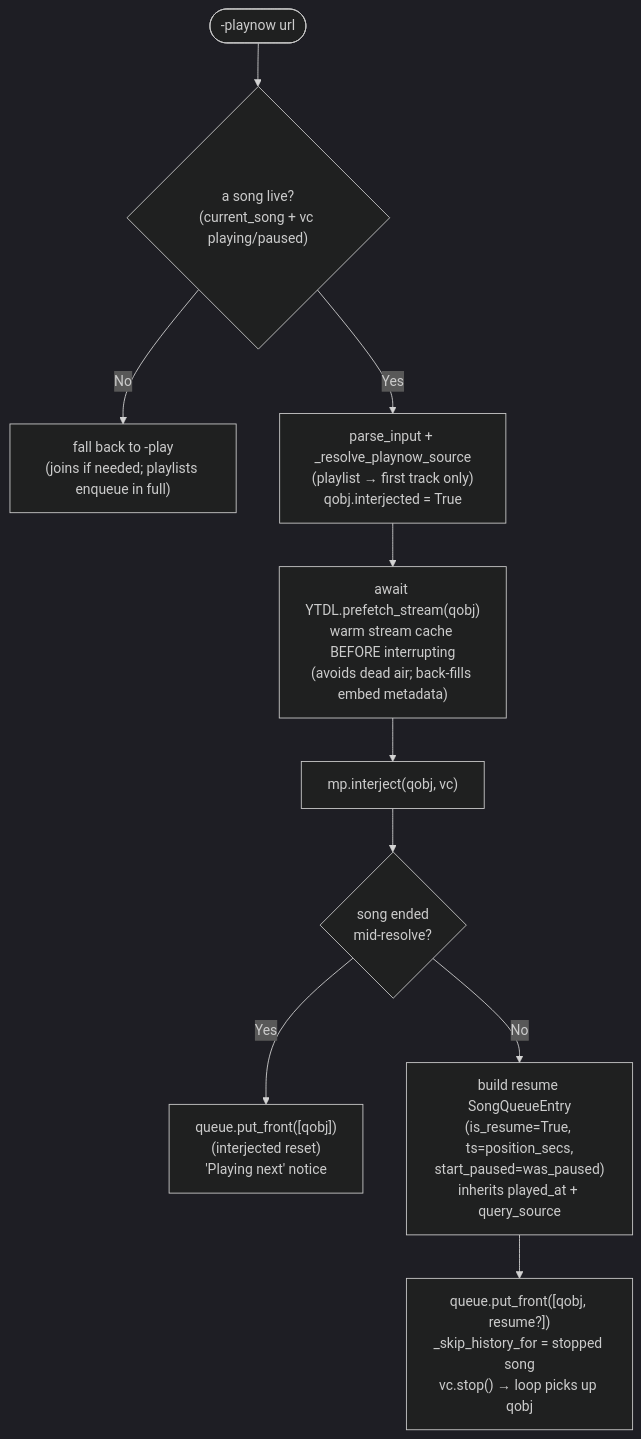
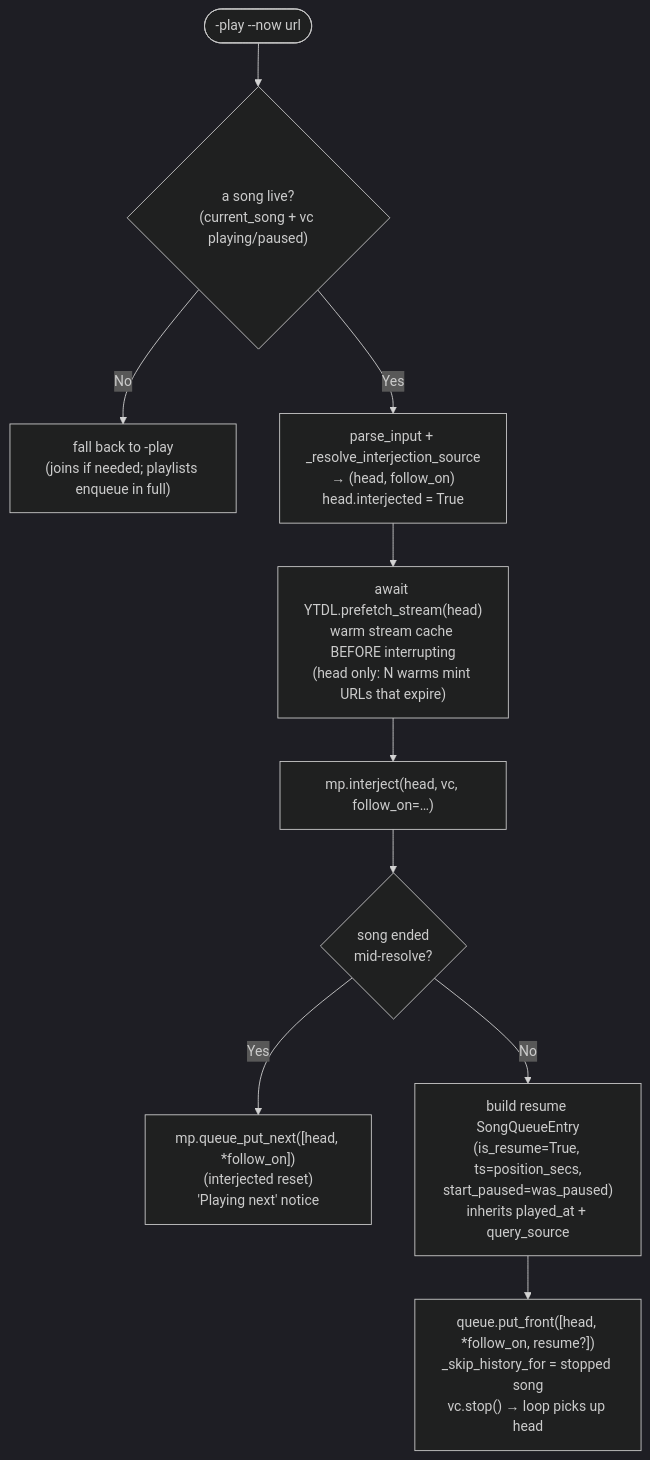
Before and after one commit to kawadeomkar/discord-music-bot: the seventh of 15 diagrams in docs/ARCHITECTURE.md, drawn with Mermaid (dark theme). The commit also changed other lines of this file and 4 other files, not shown here.

````diff
--- a/docs/ARCHITECTURE.md
+++ b/docs/ARCHITECTURE.md
@@ -483,20 +486,20 @@
 ```mermaid
 flowchart TD
-    Start(["-playnow url"])
+    Start(["-play --now url"])
     Live{"a song live?\n(current_song + vc playing/paused)"}
     Fallback["fall back to -play\n(joins if needed; playlists enqueue in full)"]
-    Resolve["parse_input + _resolve_playnow_source\n(playlist → first track only)\nqobj.interjected = True"]
-    Warm["await YTDL.prefetch_stream(qobj)\nwarm stream cache BEFORE interrupting\n(avoids dead air; back-fills embed metadata)"]
-    Interject["mp.interject(qobj, vc)"]
+    Resolve["parse_input + _resolve_interjection_source\n→ (head, follow_on)\nhead.interjected = True"]
+    Warm["await YTDL.prefetch_stream(head)\nwarm stream cache BEFORE interrupting\n(head only: N warms mint URLs that expire)"]
+    Interject["mp.interject(head, vc, follow_on=…)"]
     Ended{"song ended\nmid-resolve?"}
-    FrontOnly["queue.put_front([qobj])\n(interjected reset)\n'Playing next' notice"]
+    FrontOnly["mp.queue_put_next([head, *follow_on])\n(interjected reset)\n'Playing next' notice"]
     Resume["build resume SongQueueEntry\n(is_resume=True, ts=position_secs,\nstart_paused=was_paused)\ninherits played_at + query_source"]
-    PutFront["queue.put_front([qobj, resume?])\n_skip_history_for = stopped song\nvc.stop() → loop picks up qobj"]
+    PutFront["queue.put_front([head, *follow_on, resume?])\n_skip_history_for = stopped song\nvc.stop() → loop picks up head"]
 
     Start --> Live
     Live -->|No| Fallback
     Live -->|Yes| Resolve --> Warm --> Interject
     Interject --> Ended
     Ended -->|Yes| FrontOnly
     Ended -->|No| Resume --> PutFront
 ```
````
